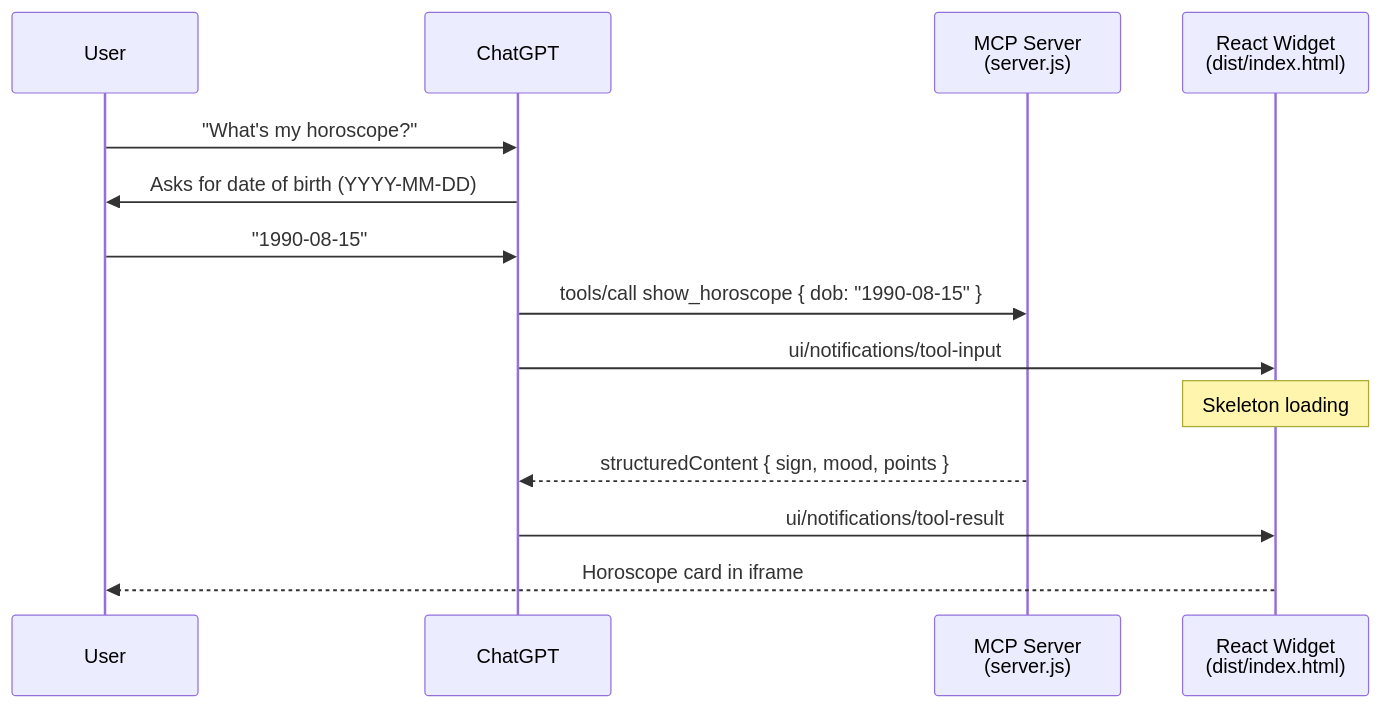
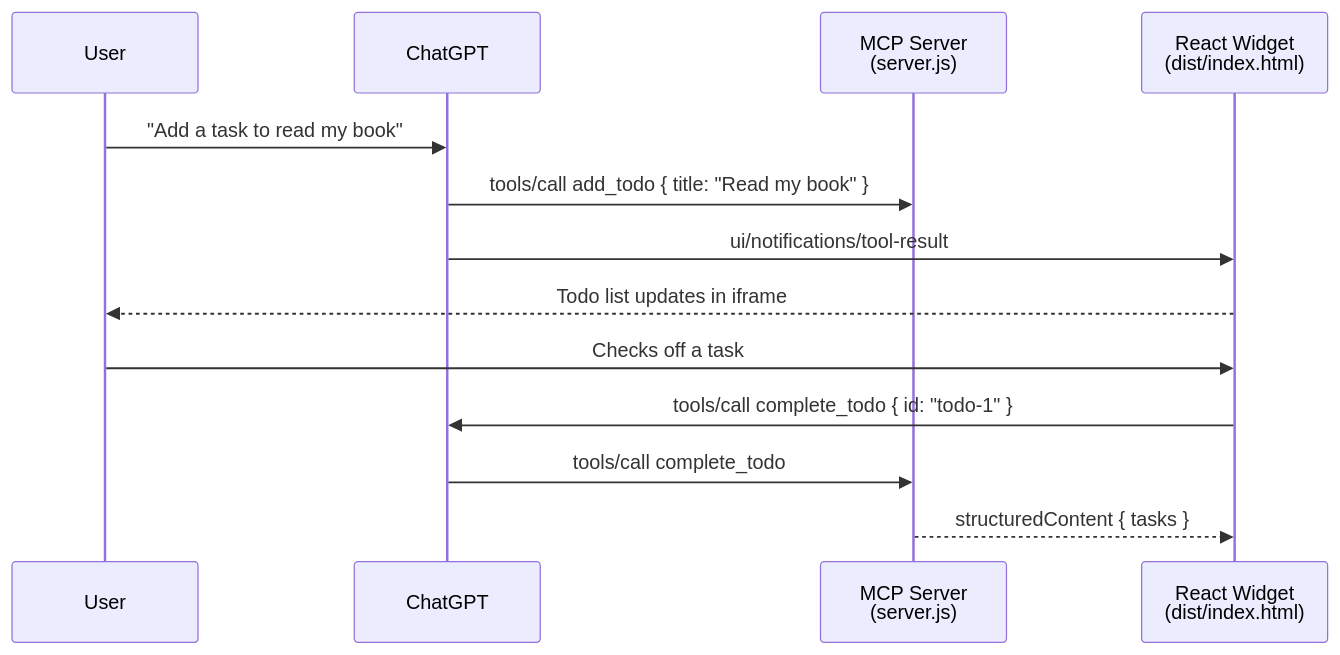
One commit to jsphkhan/chatgpt-app-demo changed the diagram in README.md. Above: the diagram before and after it, drawn with Mermaid. The commit also changed other lines of this file and 11 other files, not shown here.

````diff
--- a/README.md
+++ b/README.md
@@ -35,17 +42,16 @@
 ```mermaid
 sequenceDiagram
     participant User
     participant ChatGPT
     participant MCP as MCP Server<br/>(server.js)
     participant Widget as React Widget<br/>(dist/index.html)
 
-    User->>ChatGPT: "What's my horoscope?"
-    ChatGPT->>User: Asks for date of birth (YYYY-MM-DD)
-    User->>ChatGPT: "1990-08-15"
-    ChatGPT->>MCP: tools/call show_horoscope { dob: "1990-08-15" }
-    ChatGPT->>Widget: ui/notifications/tool-input
-    Note over Widget: Skeleton loading
-    MCP-->>ChatGPT: structuredContent { sign, mood, points }
+    User->>ChatGPT: "Add a task to read my book"
+    ChatGPT->>MCP: tools/call add_todo { title: "Read my book" }
     ChatGPT->>Widget: ui/notifications/tool-result
-    Widget-->>User: Horoscope card in iframe
+    Widget-->>User: Todo list updates in iframe
+    User->>Widget: Checks off a task
+    Widget->>ChatGPT: tools/call complete_todo { id: "todo-1" }
+    ChatGPT->>MCP: tools/call complete_todo
+    MCP-->>Widget: structuredContent { tasks }
 ```
````
